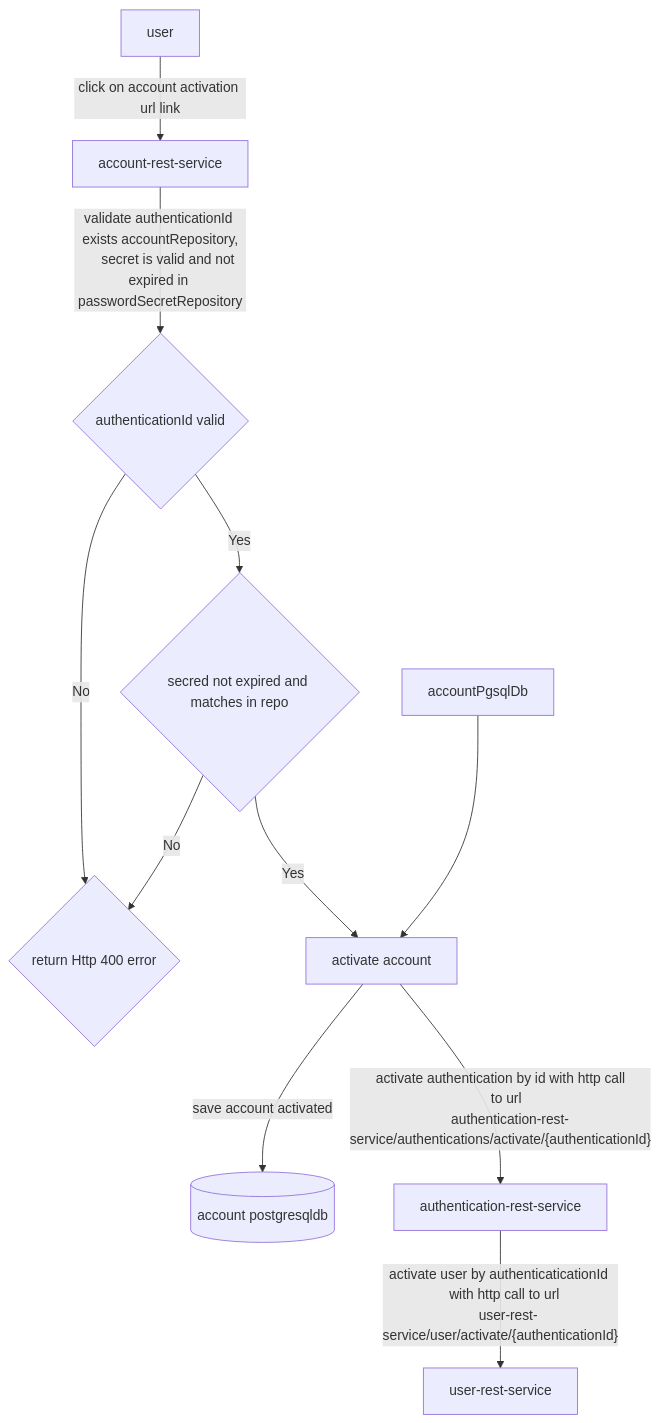
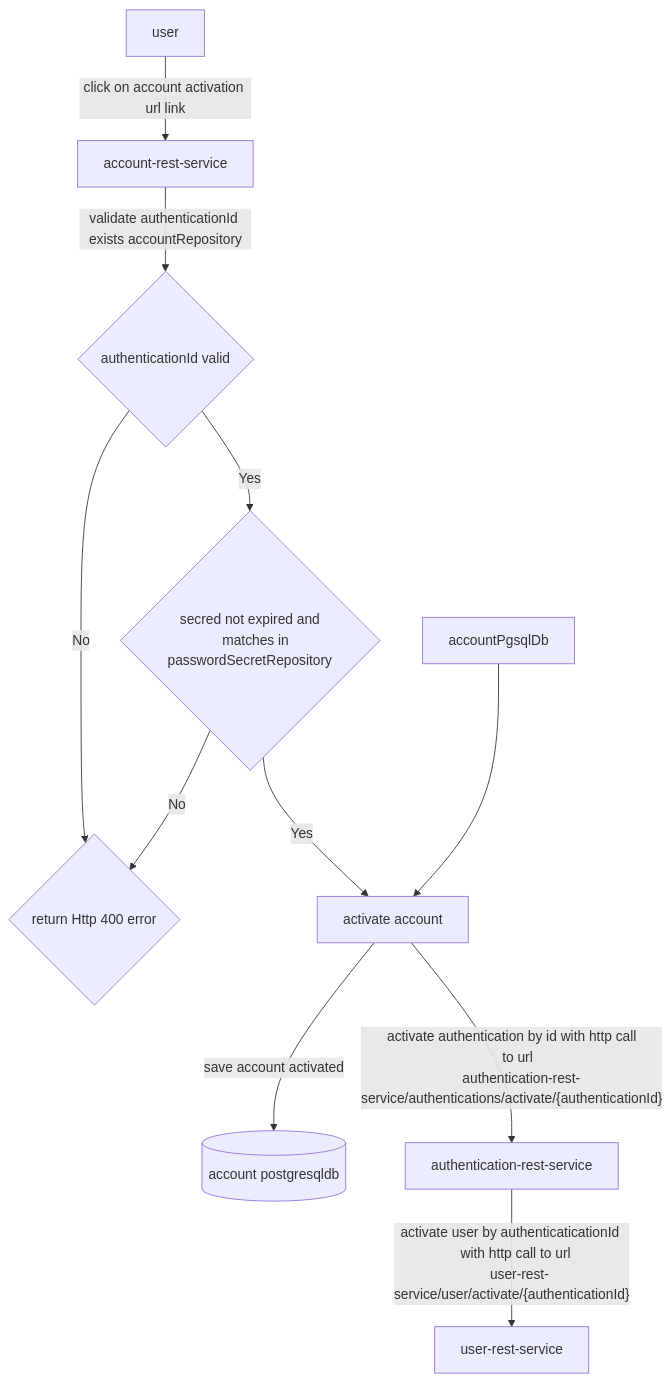
One commit to sonamsamdupkhangsar/account-rest-service changed the diagram in README.md. Above: the diagram before and after it, drawn with Mermaid.

Commit message:
commit flow

````diff
--- a/README.md
+++ b/README.md
@@ -63,18 +63,18 @@
 ```mermaid
 flowchart TD
     User[user] --"click on account activation url link" -->  AccountRestService[account-rest-service] 
-    AccountRestService --"validate authenticationId exists accountRepository,
-     secret is valid and not expired in passwordSecretRepository" --> authIdValid{authenticationId valid}
-   authIdValid -->|Yes| secretValid{secred not expired and matches in repo}
+    AccountRestService --"validate authenticationId exists accountRepository" --> authIdValid{authenticationId valid}
+   authIdValid -->|Yes| secretValid{"secred not expired and
+    matches in passwordSecretRepository"}
    authIdValid -->|No| error400{return Http 400 error}
    secretValid -->|Yes| activateAccount[activate account]
    activateAccount --"save account activated" --> AccountPgsqlDb[(account postgresqldb)]
    secretValid -->|No| error400
    accountPgsqlDb -->activateAccount
    activateAccount -- "activate authentication by id with http call
      to url  
      authentication-rest-service/authentications/activate/{authenticationId}" --> AuthtenticationRestService[authentication-rest-service]
     AuthtenticationRestService --"activate user by authenticaticationId 
     with http call to url  
     user-rest-service/user/activate/{authenticationId}" --> UserRestService[user-rest-service]    
 ```
````
